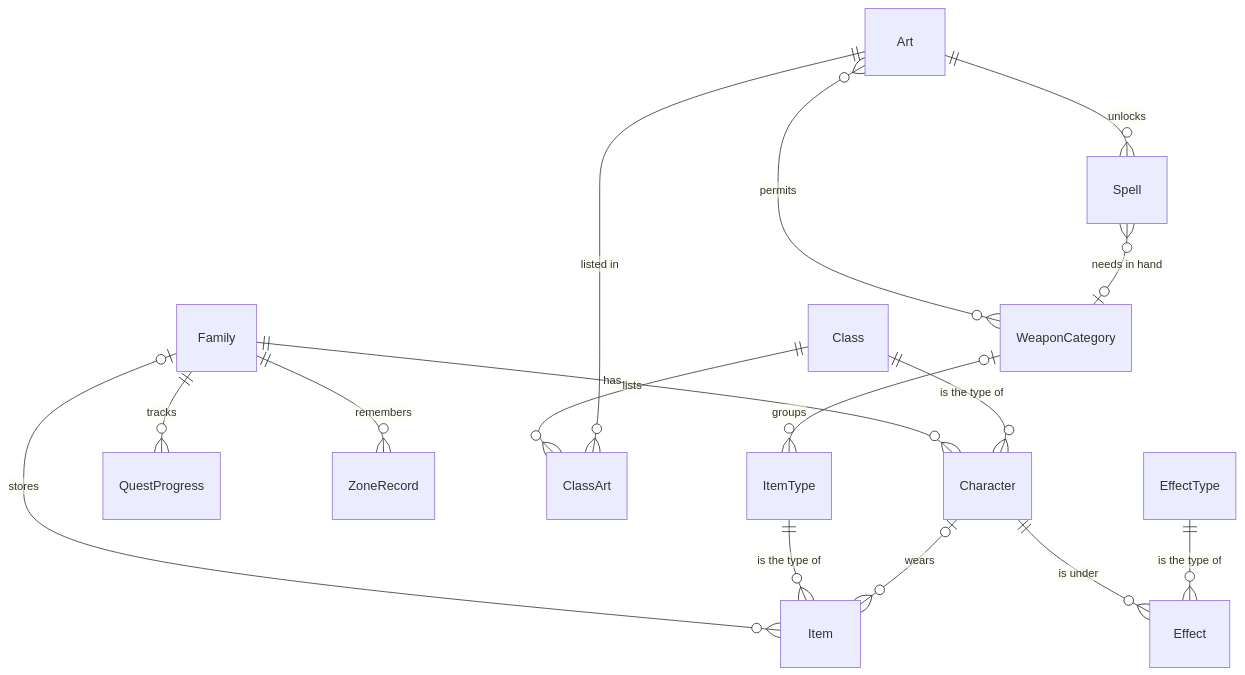
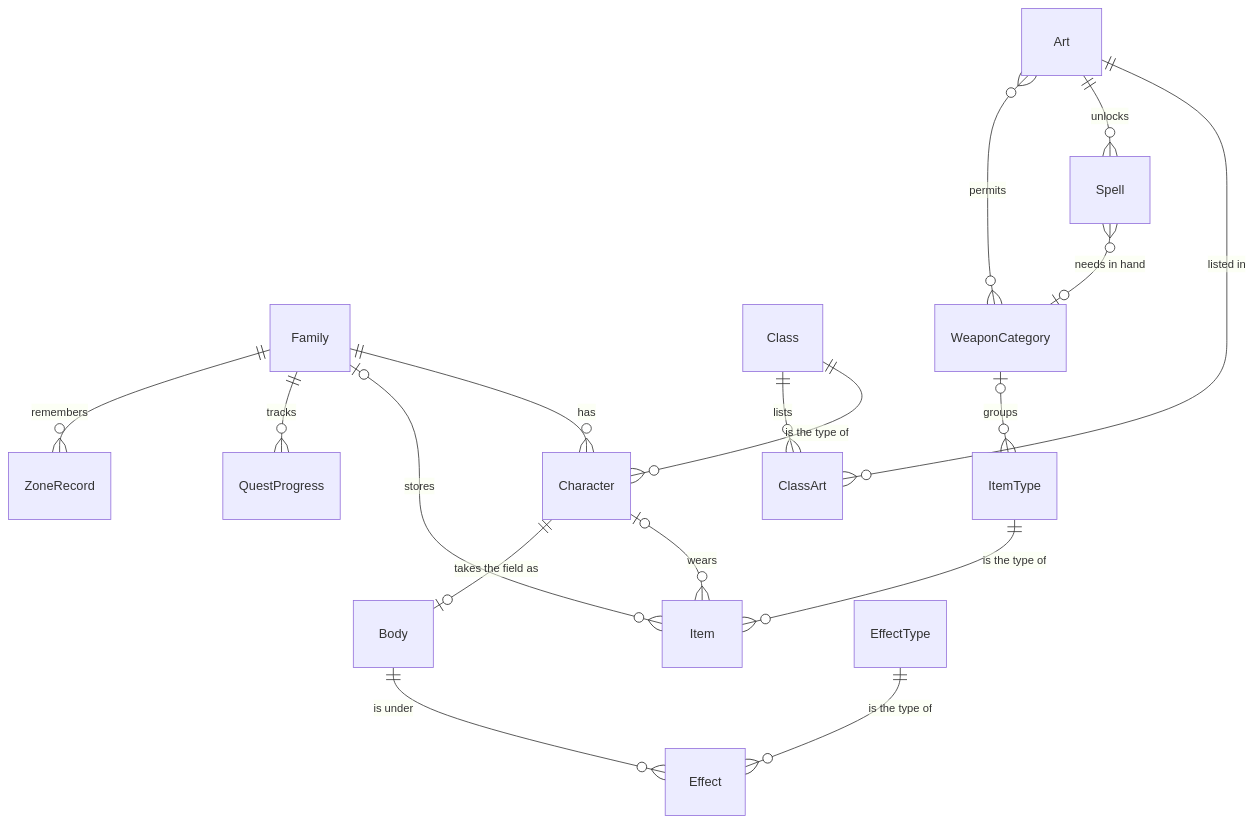
Before and after one commit to Huntling94/the-new-frontier: the first of 2 diagrams in docs/DATA-MODEL.md, drawn with Mermaid. The commit also changed other lines of this file and 72 other files, not shown here.

````diff
--- a/docs/DATA-MODEL.md
+++ b/docs/DATA-MODEL.md
@@ -64,18 +68,19 @@
 ```mermaid
 erDiagram
   Family ||--o{ Character : has
   Family |o--o{ Item : stores
   Family ||--o{ QuestProgress : tracks
   Family ||--o{ ZoneRecord : remembers
   "Class" ||--o{ Character : "is the type of"
   "Class" ||--o{ ClassArt : lists
   Art ||--o{ ClassArt : "listed in"
   Art ||--o{ Spell : unlocks
   Art }o--o{ WeaponCategory : permits
   Spell }o--o| WeaponCategory : "needs in hand"
   WeaponCategory |o--o{ ItemType : groups
   ItemType ||--o{ Item : "is the type of"
   Character |o--o{ Item : wears
-  Character ||--o{ Effect : "is under"
+  Character ||--o| Body : "takes the field as"
+  Body ||--o{ Effect : "is under"
   EffectType ||--o{ Effect : "is the type of"
 ```
````
